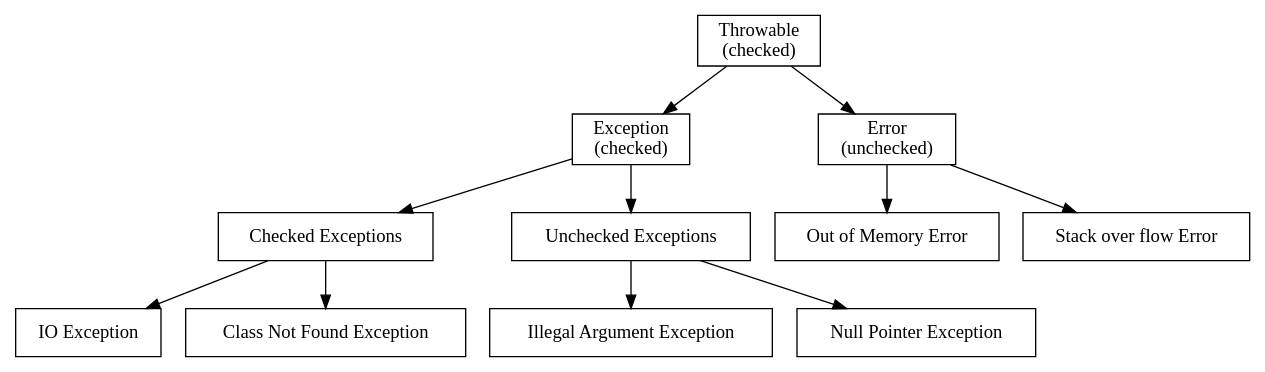
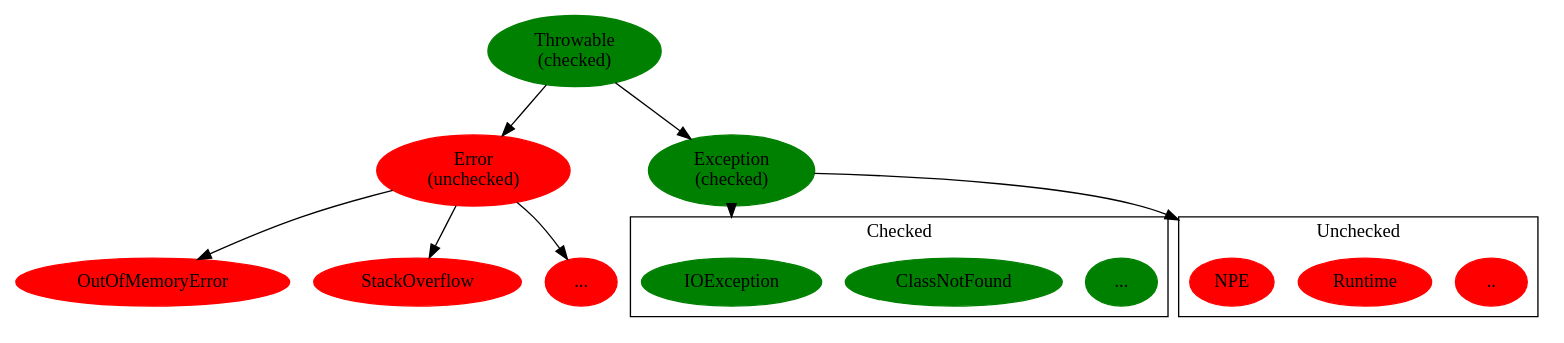
One commit to Broscorp-net/traineeship changed the diagram in module1/src/main/java/net/broscorp/exceptions/diagram.gv. Above: the diagram before and after it, drawn with Graphviz.

Commit message:
Fixed diagram

```diff
--- a/module1/src/main/java/net/broscorp/exceptions/diagram.gv
+++ b/module1/src/main/java/net/broscorp/exceptions/diagram.gv
@@ -1,25 +1,42 @@
-digraph G {
-   Thr [label="Throwable\n(checked)", shape=box]
-   Exc [label="Exception\n(checked)", shape=box]
-   Err [label="Error\n(unchecked)", shape=box]
-   Ome [label="Out of Memory Error", shape=box]
-   Sof [label="Stack over flow Error", shape=box]
-   Che [label="Checked Exceptions", shape=box]
-   Uce [label="Unchecked Exceptions", shape=box]
-   Iae [label="Illegal Argument Exception", shape=box]
-   Npe [label="Null Pointer Exception", shape=box]
-   IOE [label="IO Exception", shape=box]
-   Cnf [label="Class Not Found Exception", shape=box]
+ digraph G {
+  compound=true;
 
-   Thr -> Err;
-   Err -> Ome;
-   Err -> Sof;
-   Thr -> Exc;
-   Exc -> Che;
-   Exc -> Uce;
 
-   Uce -> Npe;
-   Uce -> Iae;
-   Che -> IOE;
-   Che -> Cnf;
-}
+
+
+
+  subgraph cluster_0 {
+    node[style=filled, color=green];
+    label="Checked";
+    "...";
+    "ClassNotFound";
+    "IOException";
+
+  }
+
+  subgraph cluster_1 {
+    node[style=filled, color=red];
+    label="Unchecked";
+    "..";
+    "Runtime";
+    "NPE";
+  }
+
+  THR [label="Throwable\n(checked)", style=filled, color=green];
+  ERR [label="Error\n(unchecked)", style=filled, color=red];
+  EXC [label="Exception\n(checked)", style=filled, color=green];
+  OOM [label="OutOfMemoryError", style=filled, color=red];
+  SOF [label="StackOverflow", style=filled, color=red];
+
+  ETC [label="...", style=filled, color=red];
+  THR -> EXC;
+  THR -> ERR;
+
+  ERR -> OOM;
+  ERR -> SOF;
+  ERR -> ETC
+
+  EXC -> IOException[lhead=cluster_0];
+  EXC -> NPE[lhead=cluster_1];
+
+ }
```
